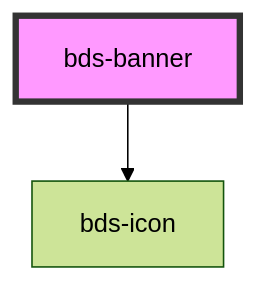
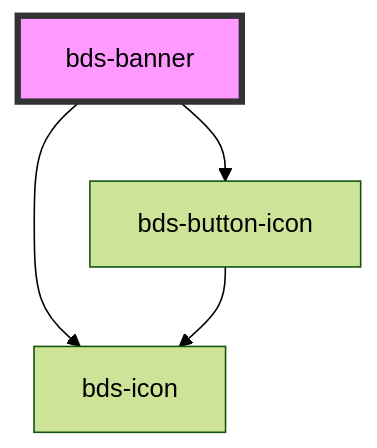
Before and after one commit to takenet/blip-ds: the diagram in src/components/banner/readme.md, drawn with Mermaid (forest theme). The commit also changed other lines of this file and 9 other files, not shown here.

````diff
--- a/src/components/banner/readme.md
+++ b/src/components/banner/readme.md
@@ -43,5 +46,7 @@
 ```mermaid
 graph TD;
   bds-banner --> bds-icon
+  bds-banner --> bds-button-icon
+  bds-button-icon --> bds-icon
   style bds-banner fill:#f9f,stroke:#333,stroke-width:4px
 ```
````
